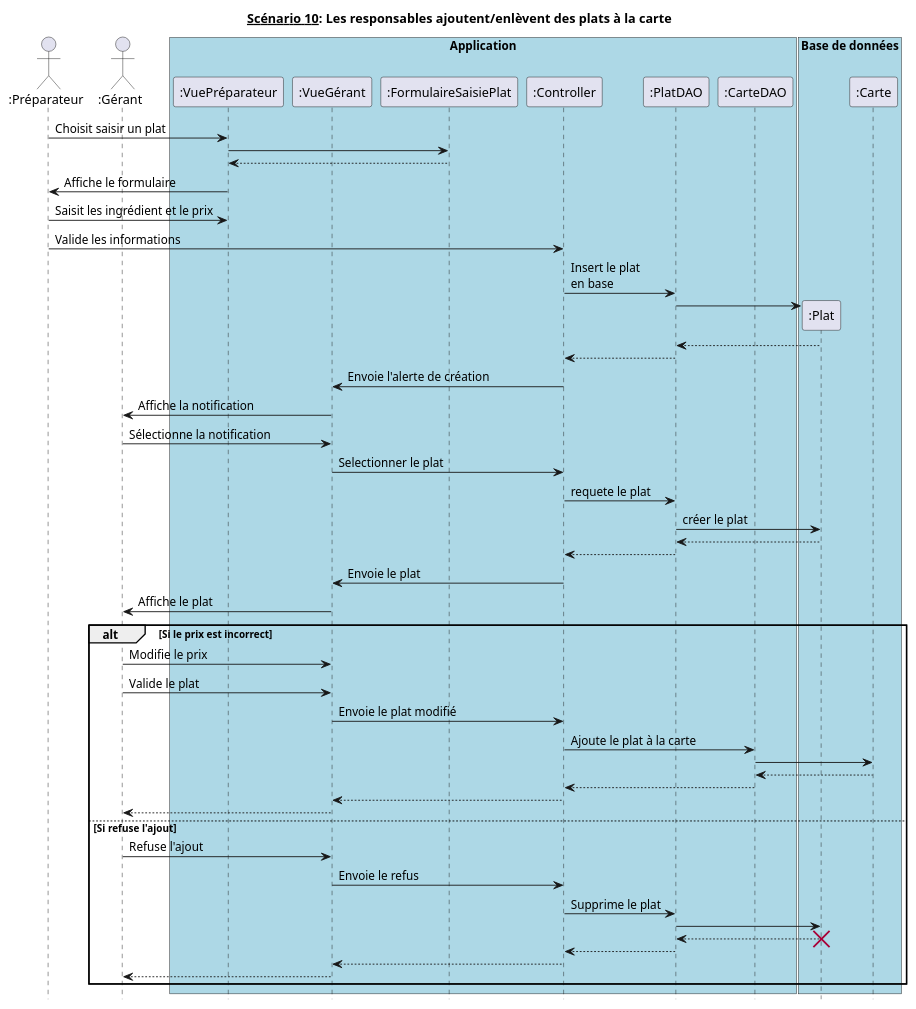
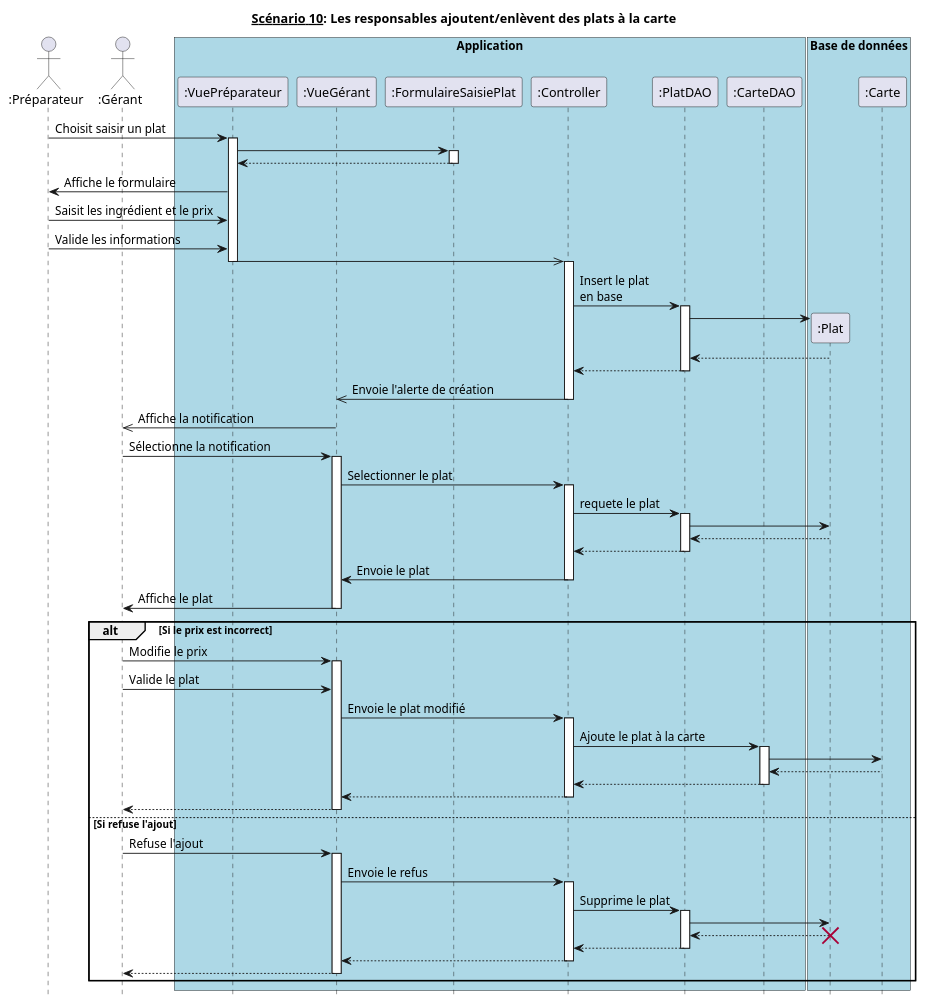
Before and after one commit to hulskenA/GL-Les_seigneurs_du_resto: the diagram in diagrammes_sequences_detailles/dss10.md, drawn with PlantUML. The commit also changed 15 other files, not shown here.

```diff
--- a/diagrammes_sequences_detailles/dss10.md
+++ b/diagrammes_sequences_detailles/dss10.md
@@ -22,51 +22,78 @@
 endbox
 
 Préparateur -> VuePréparateur : Choisit saisir un plat
+activate VuePréparateur
 VuePréparateur -> FormulaireSaisiePlat
+activate FormulaireSaisiePlat
 VuePréparateur <-- FormulaireSaisiePlat
+deactivate FormulaireSaisiePlat
 Préparateur <- VuePréparateur : Affiche le formulaire
 Préparateur -> VuePréparateur : Saisit les ingrédient et le prix
-Préparateur -> Controller : Valide les informations
+Préparateur -> VuePréparateur : Valide les informations
+VuePréparateur ->> Controller
+deactivate VuePréparateur
+activate Controller
 
 Controller -> PlatDAO : Insert le plat\nen base
+activate PlatDAO
 Create Plat
 PlatDAO -> Plat
 PlatDAO <-- Plat
 Controller <-- PlatDAO
+deactivate PlatDAO
 
-Controller -> VueGérant : Envoie l'alerte de création
-VueGérant -> Gérant : Affiche la notification
+Controller ->> VueGérant : Envoie l'alerte de création
+deactivate Controller
+VueGérant ->> Gérant : Affiche la notification
 VueGérant <- Gérant : Sélectionne la notification
+activate VueGérant
 
 VueGérant -> Controller : Selectionner le plat
+activate Controller
 Controller -> PlatDAO : requete le plat
+activate PlatDAO
 
-PlatDAO -> Plat : créer le plat
+PlatDAO -> Plat
 PlatDAO <-- Plat
 Controller <-- PlatDAO
+deactivate PlatDAO
 Controller -> VueGérant : Envoie le plat
+deactivate Controller
 VueGérant -> Gérant : Affiche le plat
+deactivate VueGérant
 
 alt Si le prix est incorrect
-  Gérant -> VueGérant : Modifie le prix
+    Gérant -> VueGérant : Modifie le prix
+    activate VueGérant
     Gérant -> VueGérant : Valide le plat
     VueGérant -> Controller : Envoie le plat modifié
+    activate Controller
     Controller -> CarteDAO : Ajoute le plat à la carte
+    activate CarteDAO
     CarteDAO -> Carte
     CarteDAO <-- Carte
     Controller <-- CarteDAO
+    deactivate CarteDAO
     VueGérant <-- Controller
+    deactivate Controller
     Gérant <-- VueGérant
+    deactivate VueGérant
 else Si refuse l'ajout
   Gérant -> VueGérant : Refuse l'ajout
+  activate VueGérant
   VueGérant -> Controller : Envoie le refus
+  activate Controller
   Controller -> PlatDAO : Supprime le plat
+  activate PlatDAO
   PlatDAO -> Plat
   PlatDAO <-- Plat
   destroy Plat
   Controller <-- PlatDAO
+  deactivate PlatDAO
   Controller --> VueGérant
+  deactivate Controller
   Gérant <-- VueGérant
+  deactivate VueGérant
 end
 
 @enduml
```
